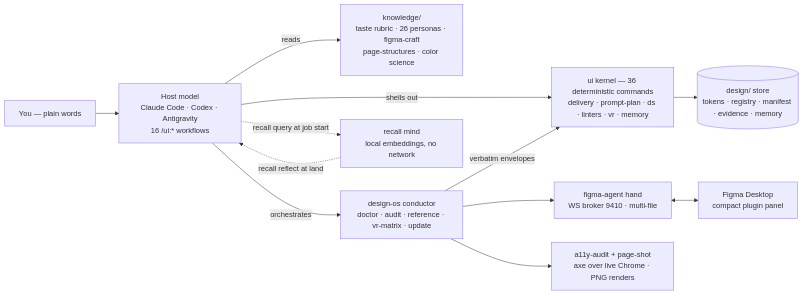
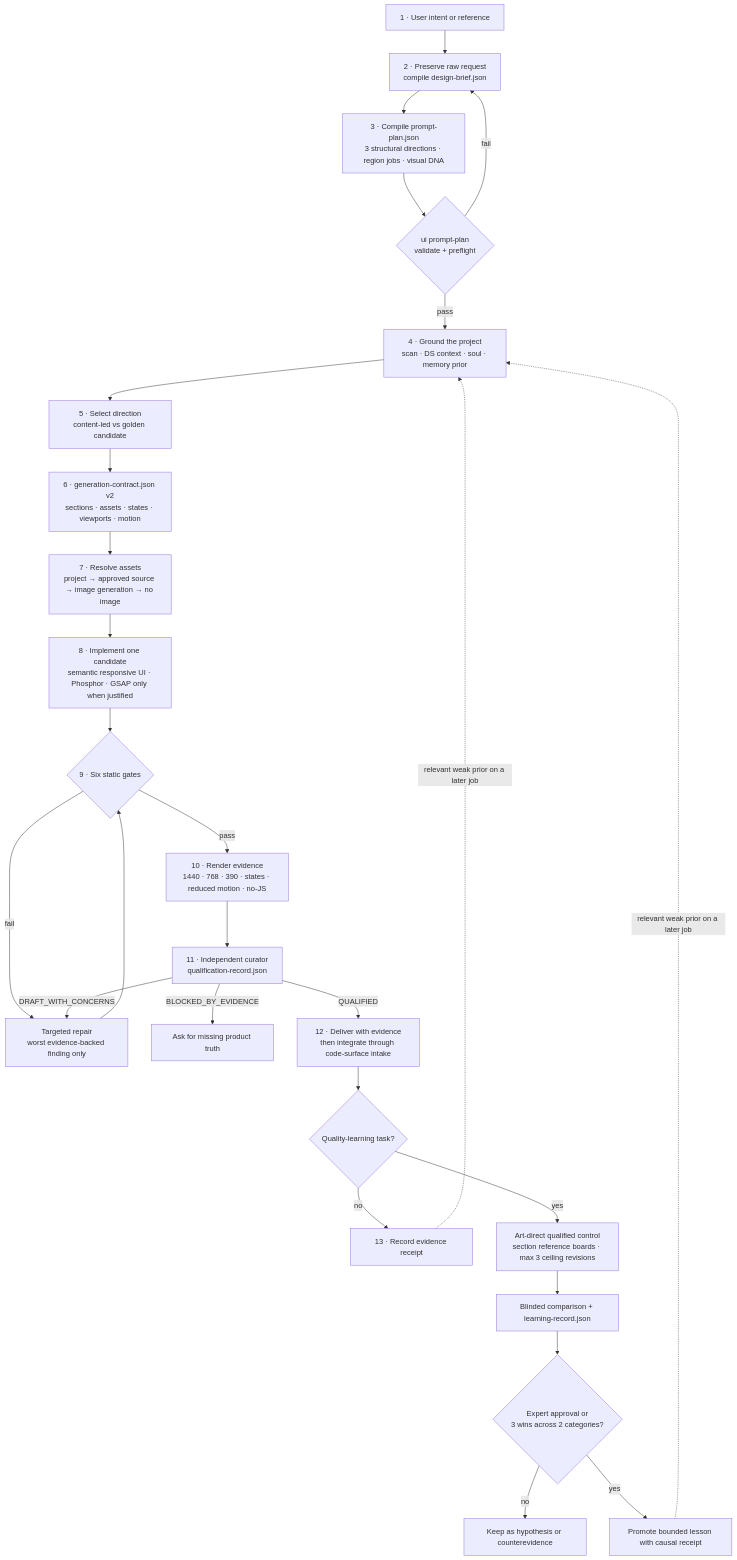
Before and after one commit to jangtrinh/design-os: the first of 2 diagrams in README.md, drawn with Mermaid. The commit also changed other lines of this file and 3 other files, not shown here.

````diff
--- a/README.md
+++ b/README.md
@@ -513,14 +496,29 @@
 ```mermaid
-flowchart LR
-    U["You — plain words"] --> HM["Host model<br/>Claude Code · Codex · Antigravity<br/>16 /ui:* workflows"]
-    HM -- reads --> K["knowledge/<br/>taste rubric · 26 personas · figma-craft<br/>page-structures · color science"]
-    HM -- shells out --> UI["ui kernel — 36 deterministic commands<br/>delivery · prompt-plan · ds · linters · vr · memory"]
-    HM -- orchestrates --> DOS["design-os conductor<br/>doctor · audit · reference · vr-matrix · update"]
-    DOS -- verbatim envelopes --> UI
-    DOS --> FA["figma-agent hand<br/>WS broker 9410 · multi-file"]
-    DOS --> AX["a11y-audit + page-shot<br/>axe over live Chrome · PNG renders"]
-    HM -. "recall query at job start" .-> RC["recall mind<br/>local embeddings, no network"]
-    RC -. "recall reflect at land" .-> HM
-    FA <--> FIG["Figma Desktop<br/>compact plugin panel"]
-    UI --> DS[("design/ store<br/>tokens · registry · manifest · evidence · memory")]
+flowchart TD
+    U["1 · User intent or reference"] --> B["2 · Preserve raw request<br/>compile design-brief.json"]
+    B --> PP["3 · Compile prompt-plan.json<br/>3 structural directions · region jobs · visual DNA"]
+    PP --> PF{"ui prompt-plan<br/>validate + preflight"}
+    PF -- fail --> B
+    PF -- pass --> G["4 · Ground the project<br/>scan · DS context · soul · memory prior"]
+    G --> S["5 · Select direction<br/>content-led vs golden candidate"]
+    S --> C["6 · generation-contract.json v2<br/>sections · assets · states · viewports · motion"]
+    C --> A["7 · Resolve assets<br/>project → approved source → image generation → no image"]
+    A --> I["8 · Implement one candidate<br/>semantic responsive UI · Phosphor · GSAP only when justified"]
+    I --> SG{"9 · Six static gates"}
+    SG -- fail --> R["Targeted repair<br/>worst evidence-backed finding only"]
+    SG -- pass --> RE["10 · Render evidence<br/>1440 · 768 · 390 · states · reduced motion · no-JS"]
+    RE --> Q["11 · Independent curator<br/>qualification-record.json"]
+    Q -- DRAFT_WITH_CONCERNS --> R
+    R --> SG
+    Q -- BLOCKED_BY_EVIDENCE --> ASK["Ask for missing product truth"]
+    Q -- QUALIFIED --> D["12 · Deliver with evidence<br/>then integrate through code-surface intake"]
+    D --> EXP{"Quality-learning task?"}
+    EXP -- no --> RCPT["13 · Record evidence receipt"]
+    EXP -- yes --> AD["Art-direct qualified control<br/>section reference boards · max 3 ceiling revisions"]
+    AD --> LR["Blinded comparison + learning-record.json"]
+    LR --> PR{"Expert approval or<br/>3 wins across 2 categories?"}
+    PR -- no --> HYP["Keep as hypothesis or counterevidence"]
+    PR -- yes --> PROM["Promote bounded lesson with causal receipt"]
+    RCPT -. "relevant weak prior on a later job" .-> G
+    PROM -. "relevant weak prior on a later job" .-> G
 ```
````
